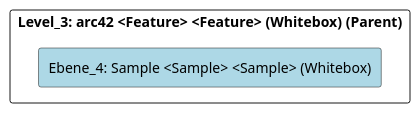
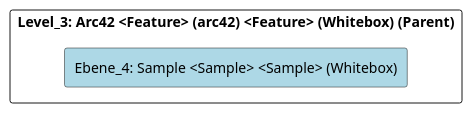
The diagram in doc/cleonproject_deliverables_architecture_model_architecture/adoc/de/05_bausteinsicht/cleon/architecture_methods/arc42/sample/ebene_4_sample.adoc (marcozwyssig/cleon), drawn with PlantUML before and after one commit. The commit also changed other lines of this file and 166 other files, not shown here.

```diff
--- a/doc/cleonproject_deliverables_architecture_model_architecture/adoc/de/05_bausteinsicht/cleon/architecture_methods/arc42/sample/ebene_4_sample.adoc
+++ b/doc/cleonproject_deliverables_architecture_model_architecture/adoc/de/05_bausteinsicht/cleon/architecture_methods/arc42/sample/ebene_4_sample.adoc
@@ -20,24 +20,24 @@
 [plantuml, Ebene_4: Sample <Sample> <Sample> (Whitebox)BlockOverview, format="svg"]
 ----
 @startuml Ebene_4: Sample <Sample> <Sample> (Whitebox)BuildingBlockOverview
 
 skinparam ranksep 10
 skinparam componentStyle rectangle
 skinparam shadowing false
 skinparam arrowColor lightblue
 skinparam arrowThickness 1.2
 skinparam rectangle {
   BackgroundColor White
   BorderColor #333
   RoundCorner 10
 }
 top to bottom direction
 
-component "Level_3: arc42 <Feature> <Feature> (Whitebox) (Parent)" {
+component "Level_3: Arc42 <Feature> (arc42) <Feature> (Whitebox) (Parent)" {
     component "Ebene_4: Sample <Sample> <Sample> (Whitebox)" #lightblue {
     }
 
 }
 
 @enduml
 ----
```
